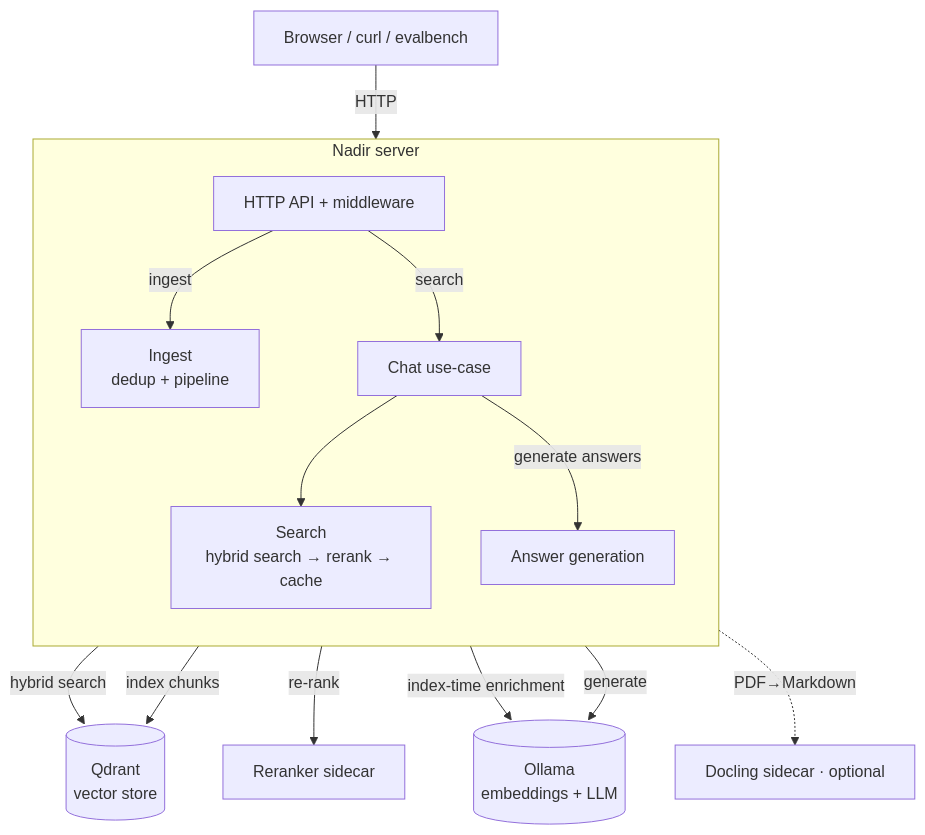
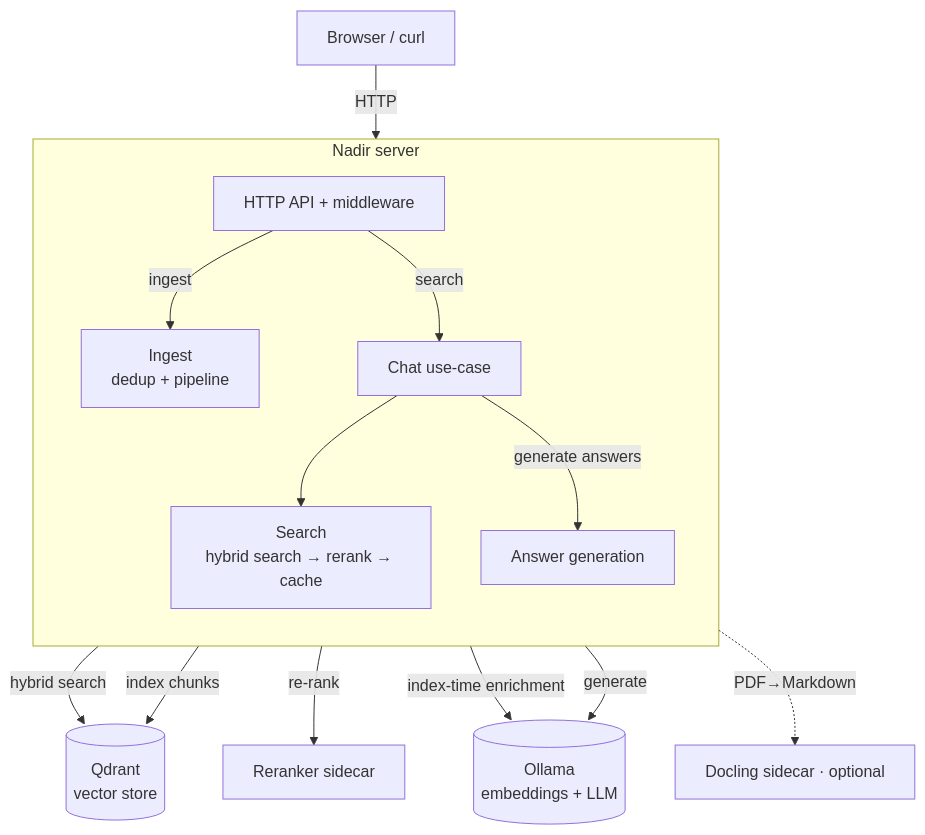
One commit to Chandra179/nadir changed the diagram in docs/architecture.md. Above: the diagram before and after it, drawn with Mermaid. The commit also changed 45 other files, not shown here.

````diff
--- a/docs/architecture.md
+++ b/docs/architecture.md
@@ -10,29 +10,29 @@
 ```mermaid
 flowchart TB
-    Client[Browser / curl / evalbench]
+    Client[Browser / curl]
     Ollama[("Ollama<br/>embeddings + LLM")]
     Qdrant[("Qdrant<br/>vector store")]
     RerankerSvc["Reranker sidecar"]
     DoclingSvc["Docling sidecar · optional"]
 
     subgraph Nadir["Nadir server"]
         direction TB
         API["HTTP API + middleware"]
         CHAT["Chat use-case"]
         SEARCH["Search<br/>hybrid search → rerank → cache"]
         INGEST["Ingest<br/>dedup + pipeline"]
         GEN["Answer generation"]
     end
 
     Client -->|HTTP| API
     API -->|ingest| INGEST
     API -->|search| CHAT
     CHAT --> SEARCH
     CHAT -->|generate answers| GEN
     SEARCH -->|hybrid search| Qdrant
     SEARCH -->|re-rank| RerankerSvc
     INGEST -->|index chunks| Qdrant
     INGEST -->|index-time enrichment| Ollama
     GEN -->|generate| Ollama
     API -.->|PDF→Markdown| DoclingSvc
 ```
````
